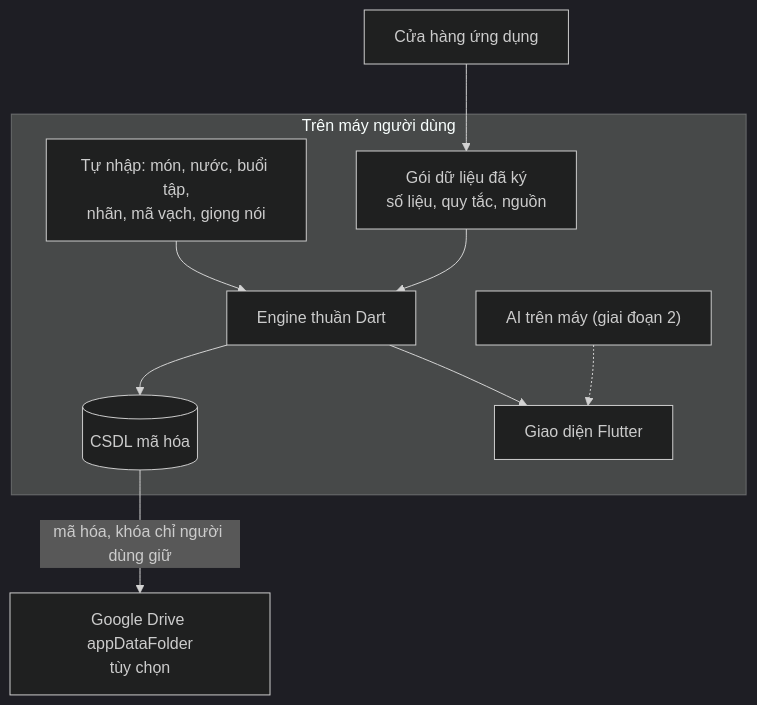
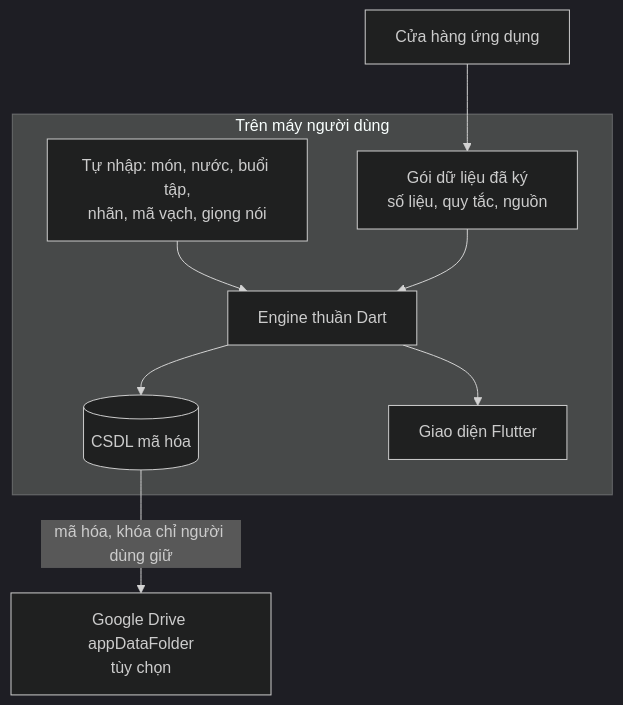
One commit to anhdt9/wholewell-app changed the second of 2 diagrams in docs/plan.md. Above: the diagram before and after it, drawn with Mermaid (dark theme). The commit also changed other lines of this file and 6 other files, not shown here.

````diff
--- a/docs/plan.md
+++ b/docs/plan.md
@@ -164,12 +160,11 @@
 ```mermaid
 flowchart TB
   subgraph Device["Trên máy người dùng"]
     IN["Tự nhập: món, nước, buổi tập,<br/>nhãn, mã vạch, giọng nói"] --> ENG["Engine thuần Dart"]
     PACK["Gói dữ liệu đã ký<br/>số liệu, quy tắc, nguồn"] --> ENG
     ENG --> DB[("CSDL mã hóa")]
     ENG --> UI["Giao diện Flutter"]
-    AI["AI trên máy (giai đoạn 2)"] -.-> UI
   end
   STORE["Cửa hàng ứng dụng"] --> PACK
   DB -- "mã hóa, khóa chỉ người dùng giữ" --> DRIVE["Google Drive appDataFolder<br/>tùy chọn"]
 ```
````
